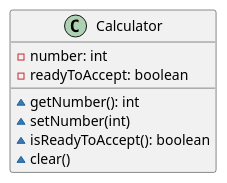
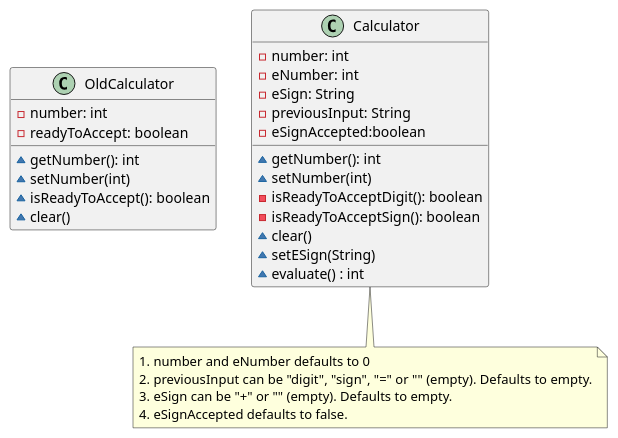
Before and after one commit to crazynayan/java-qa-training: the diagram in src/com/company/docs/uml/Class Relationship.puml, drawn with PlantUML. The commit also changed 7 other files, not shown here.

```diff
--- a/src/com/company/docs/uml/Class Relationship.puml
+++ b/src/com/company/docs/uml/Class Relationship.puml
@@ -1,13 +1,35 @@
 @startuml
 
 
-class Calculator {
+class OldCalculator {
 -number: int
 -readyToAccept: boolean
 ~getNumber(): int
 ~setNumber(int)
 ~isReadyToAccept(): boolean
 ~clear()
 }
 
+class Calculator {
+-number: int
+-eNumber: int
+-eSign: String
+-previousInput: String
+-eSignAccepted:boolean
+~getNumber(): int
+~setNumber(int)
+-isReadyToAcceptDigit(): boolean
+-isReadyToAcceptSign(): boolean
+~clear()
+~setESign(String)
+~evaluate() : int
+}
+note bottom
+# number and eNumber defaults to 0
+# previousInput can be "digit", "sign", "=" or "" (empty). Defaults to empty.
+# eSign can be "+" or "" (empty). Defaults to empty.
+# eSignAccepted defaults to false.
+end note
+
+
 @enduml
```
